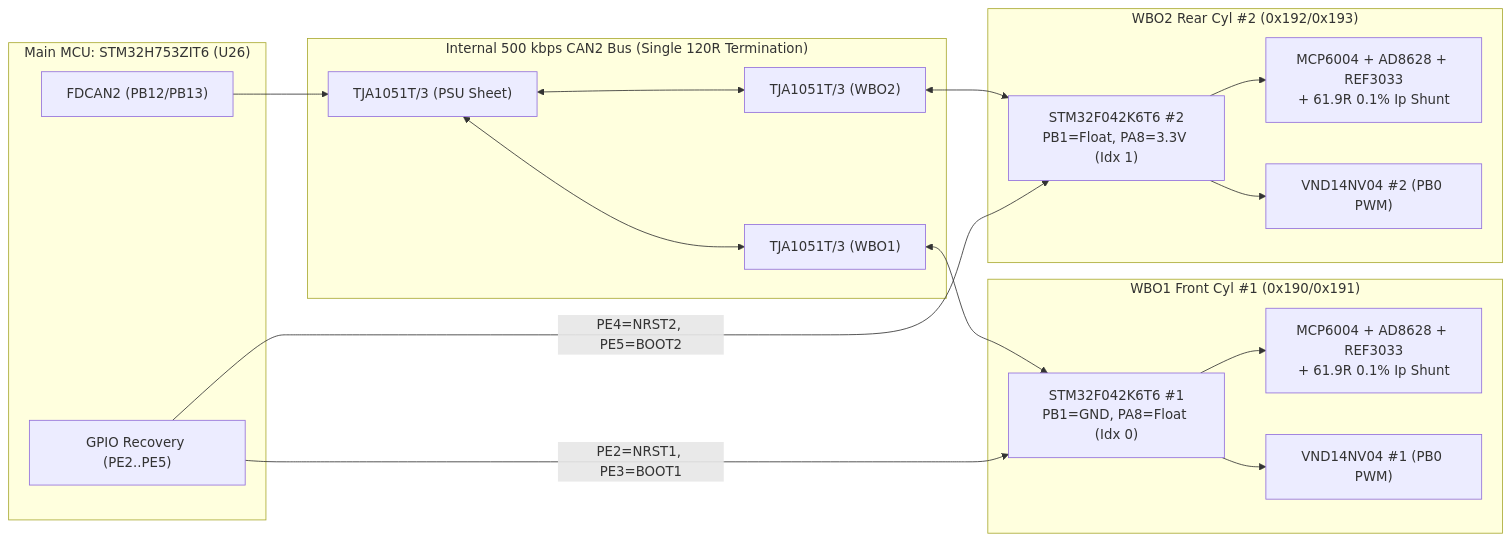
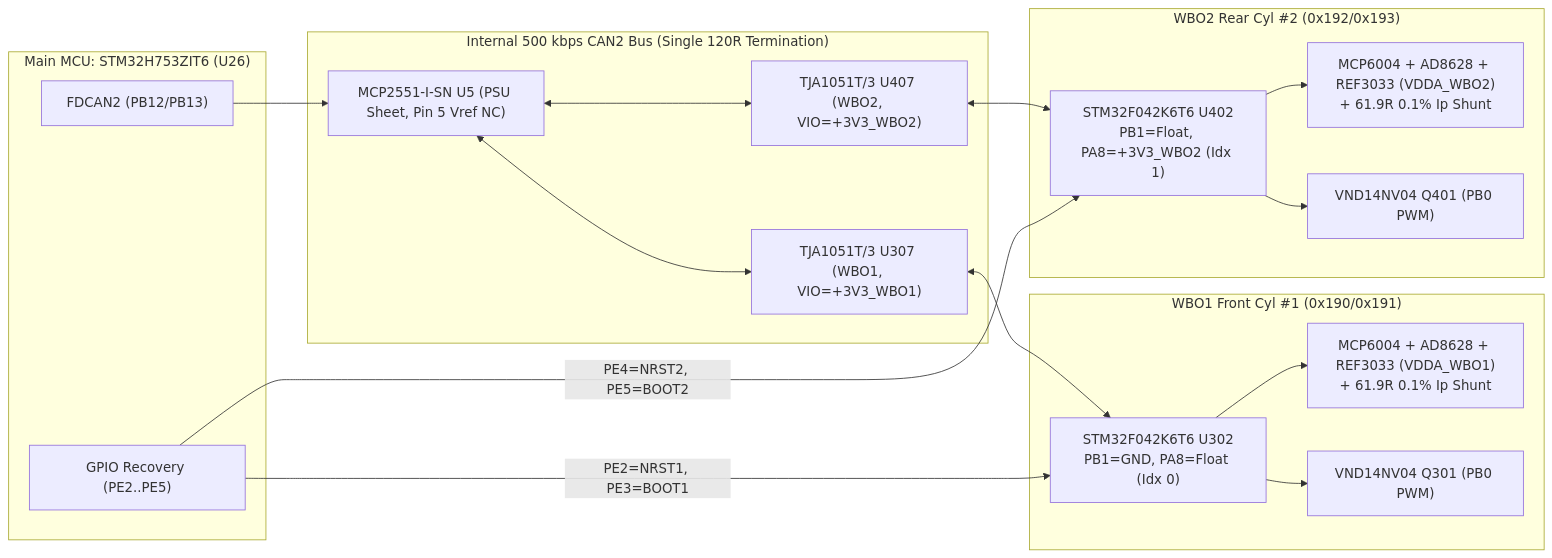
The diagram in docs/DESIGN.md (halbritt/fome-mc), drawn with Mermaid before and after one commit. The commit also changed other lines of this file and 14 other files, not shown here.

Commit message:
Remediate power supply, main relay keep-alive, and schematic ERC to 0 errors

````diff
--- a/docs/DESIGN.md
+++ b/docs/DESIGN.md
@@ -121,37 +121,37 @@
 ```mermaid
 flowchart LR
   subgraph H7["Main MCU: STM32H753ZIT6 (U26)"]
     CAN2_H7["FDCAN2 (PB12/PB13)"]
     WBO_CTRL["GPIO Recovery (PE2..PE5)"]
   end
 
   subgraph BUS["Internal 500 kbps CAN2 Bus (Single 120R Termination)"]
-    TJA_H7["TJA1051T/3 (PSU Sheet)"]
-    TJA_WB1["TJA1051T/3 (WBO1)"]
-    TJA_WB2["TJA1051T/3 (WBO2)"]
+    TJA_H7["MCP2551-I-SN U5 (PSU Sheet, Pin 5 Vref NC)"]
+    TJA_WB1["TJA1051T/3 U307 (WBO1, VIO=+3V3_WBO1)"]
+    TJA_WB2["TJA1051T/3 U407 (WBO2, VIO=+3V3_WBO2)"]
   end
 
   subgraph WBO1["WBO1 Front Cyl #1 (0x190/0x191)"]
-    F0_1["STM32F042K6T6 #1\nPB1=GND, PA8=Float (Idx 0)"]
-    AFE_1["MCP6004 + AD8628 + REF3033\n+ 61.9R 0.1% Ip Shunt"]
-    HTR_1["VND14NV04 #1 (PB0 PWM)"]
+    F0_1["STM32F042K6T6 U302\nPB1=GND, PA8=Float (Idx 0)"]
+    AFE_1["MCP6004 + AD8628 + REF3033 (VDDA_WBO1)\n+ 61.9R 0.1% Ip Shunt"]
+    HTR_1["VND14NV04 Q301 (PB0 PWM)"]
   end
 
   subgraph WBO2["WBO2 Rear Cyl #2 (0x192/0x193)"]
-    F0_2["STM32F042K6T6 #2\nPB1=Float, PA8=3.3V (Idx 1)"]
-    AFE_2["MCP6004 + AD8628 + REF3033\n+ 61.9R 0.1% Ip Shunt"]
-    HTR_2["VND14NV04 #2 (PB0 PWM)"]
+    F0_2["STM32F042K6T6 U402\nPB1=Float, PA8=+3V3_WBO2 (Idx 1)"]
+    AFE_2["MCP6004 + AD8628 + REF3033 (VDDA_WBO2)\n+ 61.9R 0.1% Ip Shunt"]
+    HTR_2["VND14NV04 Q401 (PB0 PWM)"]
   end
 
   CAN2_H7 --> TJA_H7
   TJA_H7 <--> TJA_WB1
   TJA_H7 <--> TJA_WB2
   TJA_WB1 <--> F0_1
   TJA_WB2 <--> F0_2
   WBO_CTRL -->|"PE2=NRST1, PE3=BOOT1"| F0_1
   WBO_CTRL -->|"PE4=NRST2, PE5=BOOT2"| F0_2
   F0_1 --> AFE_1
   F0_1 --> HTR_1
   F0_2 --> AFE_2
   F0_2 --> HTR_2
 ```
````
